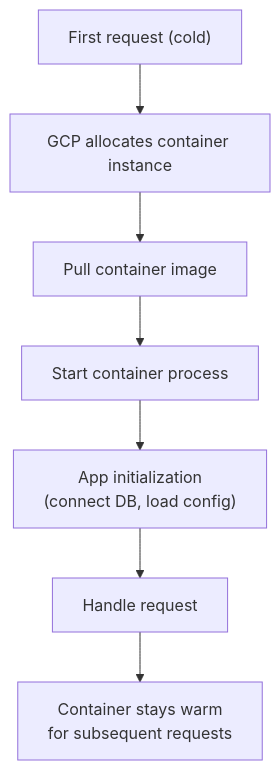
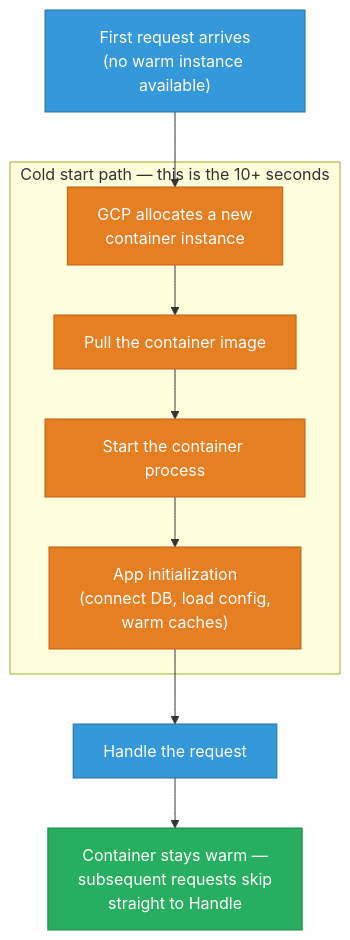
The third of 5 diagrams in gcp/scenarios.md (deepanshu-rawat6/DevOpsIndex), drawn with Mermaid before and after one commit. The commit also changed other lines of this file and 14 other files, not shown here.

````diff
--- a/gcp/scenarios.md
+++ b/gcp/scenarios.md
@@ -118,9 +229,17 @@
 ```mermaid
 flowchart TD
-    REQ["First request (cold)"] --> ALLOC["GCP allocates container instance"]
-    ALLOC --> PULL["Pull container image"]
-    PULL --> START["Start container process"]
-    START --> INIT["App initialization\n(connect DB, load config)"]
-    INIT --> HANDLE["Handle request"]
-    HANDLE --> WARM["Container stays warm\nfor subsequent requests"]
+    classDef cold fill:#e67e22,stroke:#ba6018,color:#fff
+    classDef warm fill:#27ae60,stroke:#1e8449,color:#fff
+    classDef req fill:#3498db,stroke:#2471a3,color:#fff
+
+    REQ["First request arrives<br/>(no warm instance available)"]:::req --> ALLOC
+
+    subgraph COLD["Cold start path — this is the 10+ seconds"]
+        ALLOC["GCP allocates a new<br/>container instance"]:::cold --> PULL["Pull the container image"]:::cold
+        PULL --> START["Start the container process"]:::cold
+        START --> INIT["App initialization<br/>(connect DB, load config,<br/>warm caches)"]:::cold
+    end
+
+    INIT --> HANDLE["Handle the request"]:::req
+    HANDLE --> WARM["Container stays warm —<br/>subsequent requests skip<br/>straight to Handle"]:::warm
 ```
````
